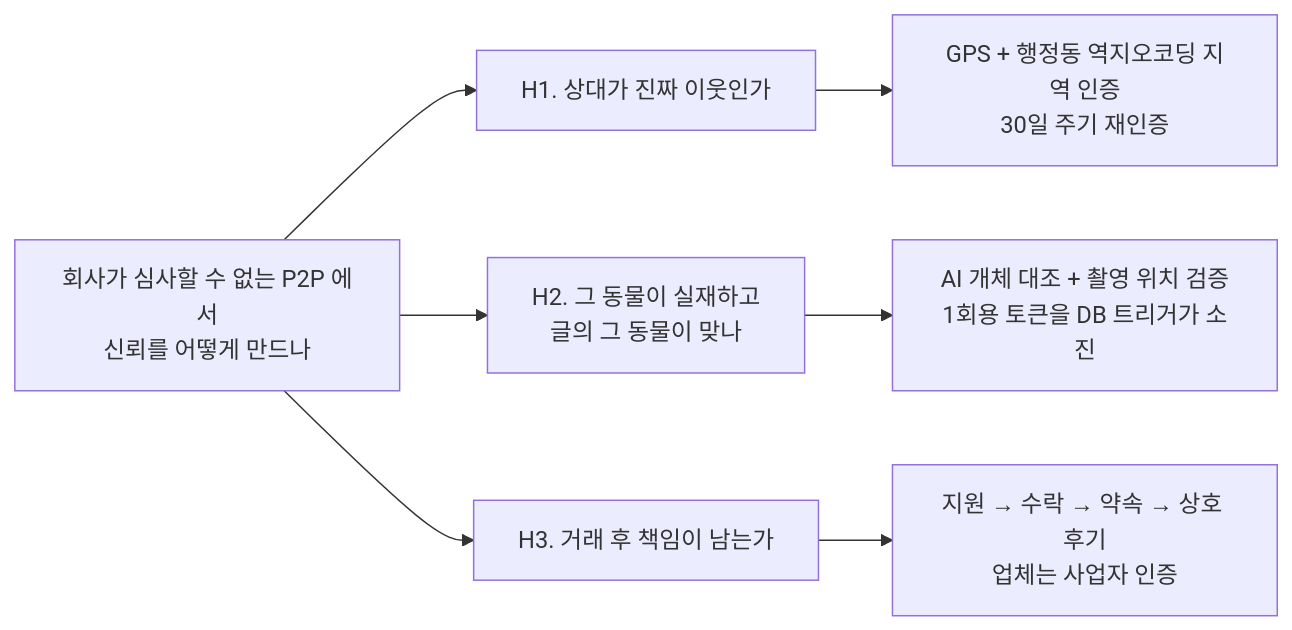
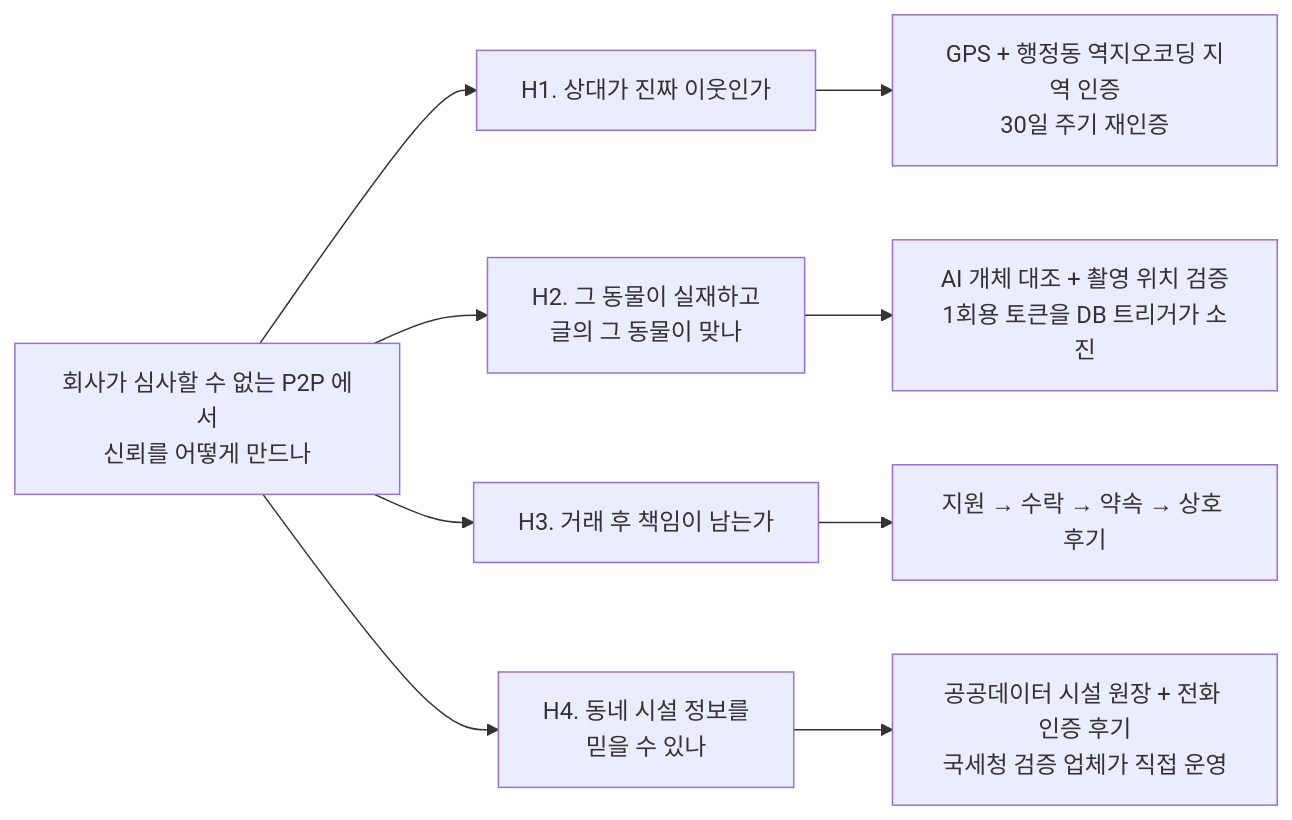
Before and after one commit to seizeh/pmdart: the diagram in docs/problem-statement.md, drawn with Mermaid. The commit also changed other lines of this file and 1 other file, not shown here.

````diff
--- a/docs/problem-statement.md
+++ b/docs/problem-statement.md
@@ -99,10 +115,12 @@
 ```mermaid
 flowchart LR
     Q["회사가 심사할 수 없는 P2P 에서<br/>신뢰를 어떻게 만드나"]
     Q --> H1["H1. 상대가 진짜 이웃인가"]
     Q --> H2["H2. 그 동물이 실재하고<br/>글의 그 동물이 맞나"]
     Q --> H3["H3. 거래 후 책임이 남는가"]
+    Q --> H4["H4. 동네 시설 정보를<br/>믿을 수 있나"]
     H1 --> S1["GPS + 행정동 역지오코딩 지역 인증<br/>30일 주기 재인증"]
     H2 --> S2["AI 개체 대조 + 촬영 위치 검증<br/>1회용 토큰을 DB 트리거가 소진"]
-    H3 --> S3["지원 → 수락 → 약속 → 상호 후기<br/>업체는 사업자 인증"]
+    H3 --> S3["지원 → 수락 → 약속 → 상호 후기"]
+    H4 --> S4["공공데이터 시설 원장 + 전화 인증 후기<br/>국세청 검증 업체가 직접 운영"]
 ```
````
